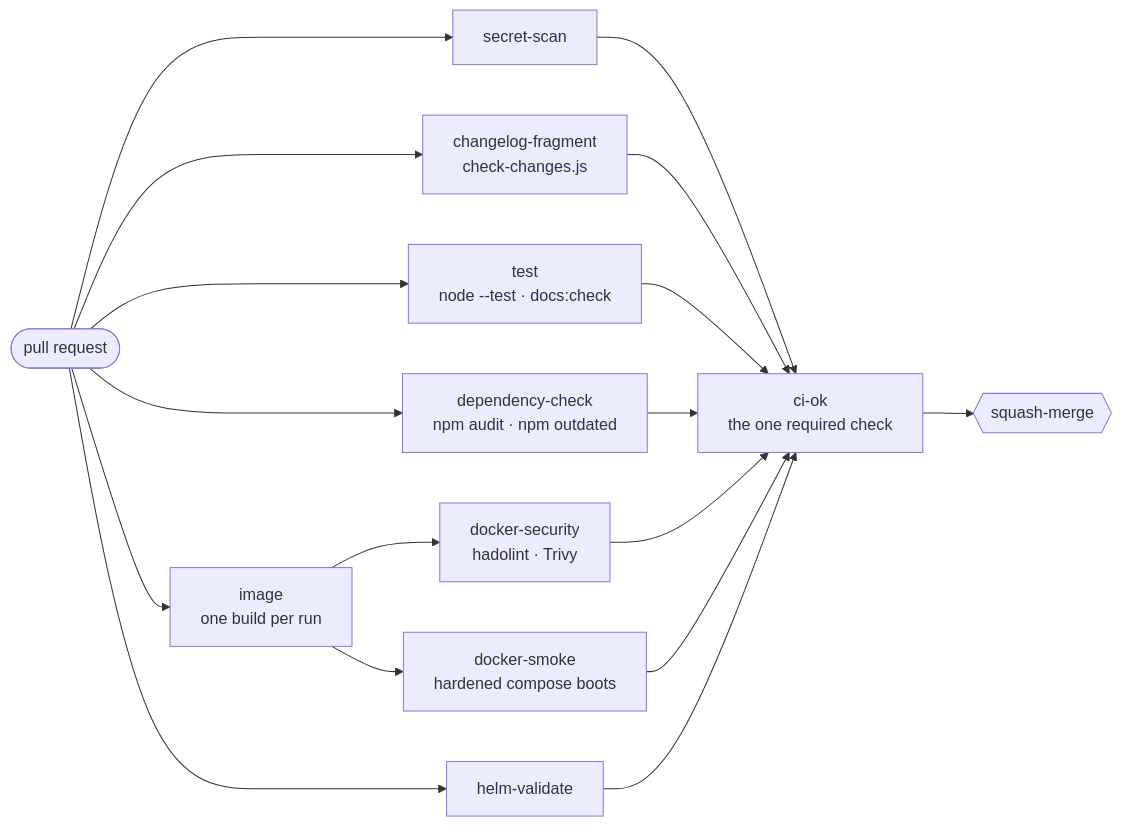
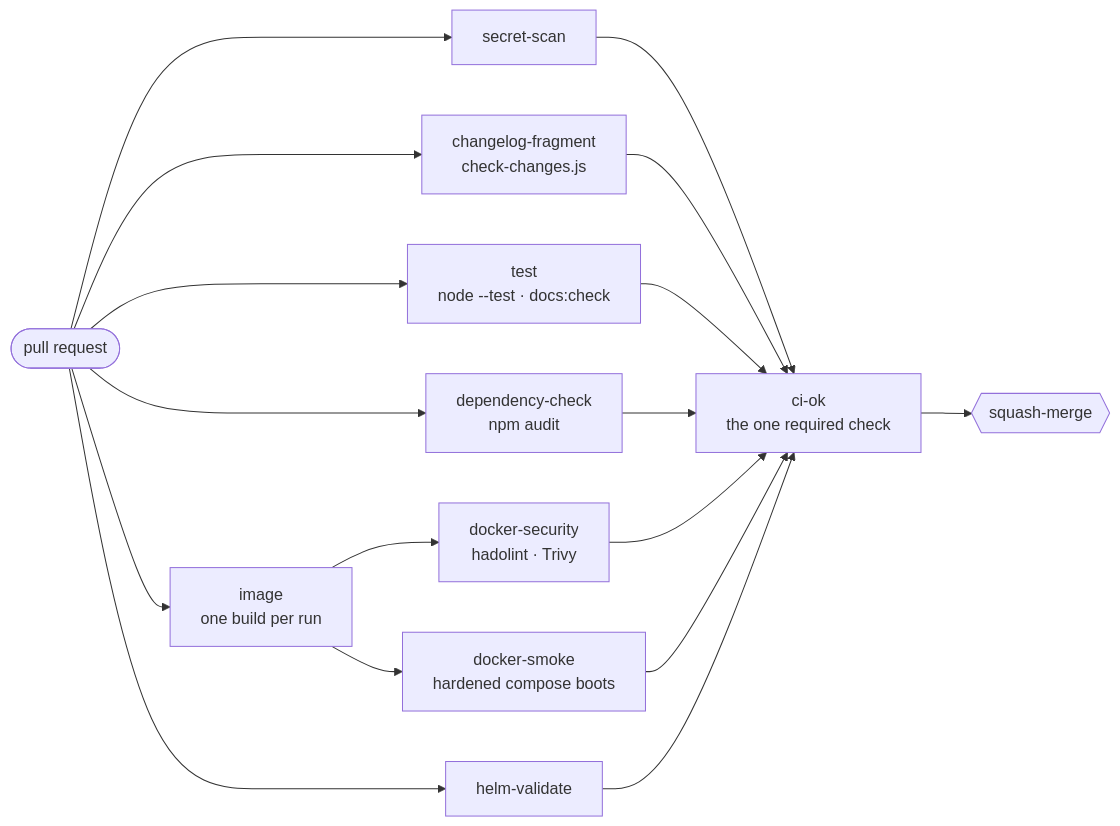
One commit to floriandeutsch89/pikdame-local changed the second of 2 diagrams in docs/developer/contributing.md. Above: the diagram before and after it, drawn with Mermaid. The commit also changed other lines of this file and 4 other files, not shown here.

First line of the commit message:
ci: drop the npm outdated gate from dependency-check

````diff
--- a/docs/developer/contributing.md
+++ b/docs/developer/contributing.md
@@ -58,13 +58,13 @@
 ```mermaid
 flowchart LR
   PR([pull request]) --> S["secret-scan"]
   PR --> C["changelog-fragment<br/>check-changes.js"]
   PR --> T["test<br/>node --test · docs:check"]
-  PR --> D["dependency-check<br/>npm audit · npm outdated"]
+  PR --> D["dependency-check<br/>npm audit"]
   PR --> I["image<br/>one build per run"]
   I --> DS["docker-security<br/>hadolint · Trivy"]
   I --> DK["docker-smoke<br/>hardened compose boots"]
   PR --> H["helm-validate"]
   S & C & T & D & DS & DK & H --> OK["ci-ok<br/>the one required check"]
   OK --> M{{"squash-merge"}}
 ```
````
